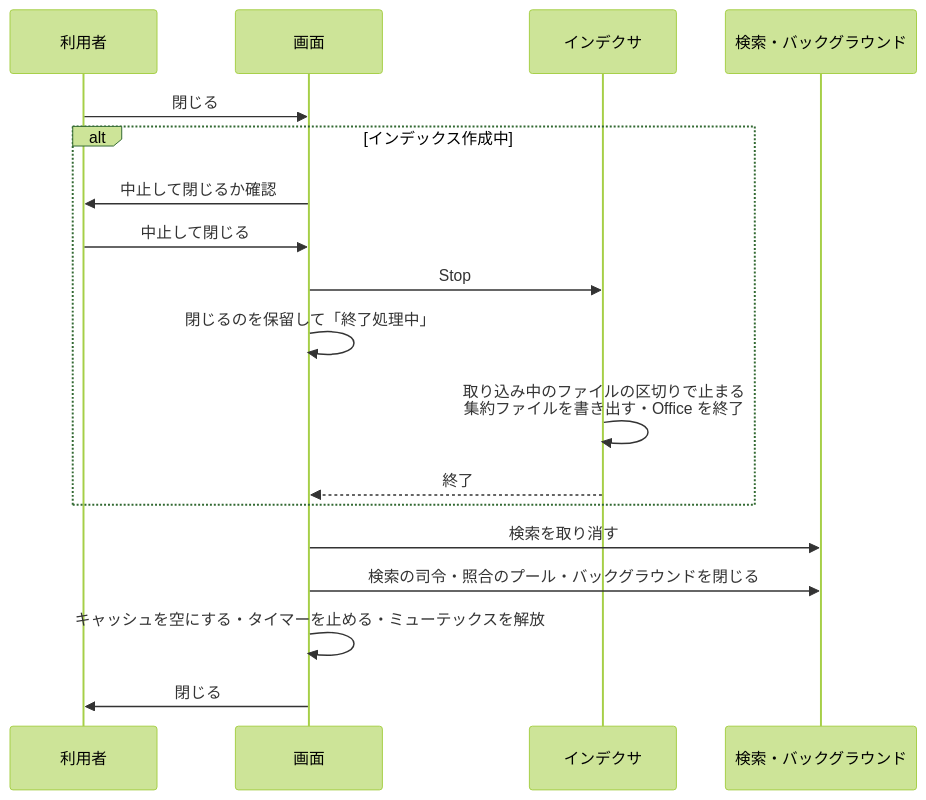
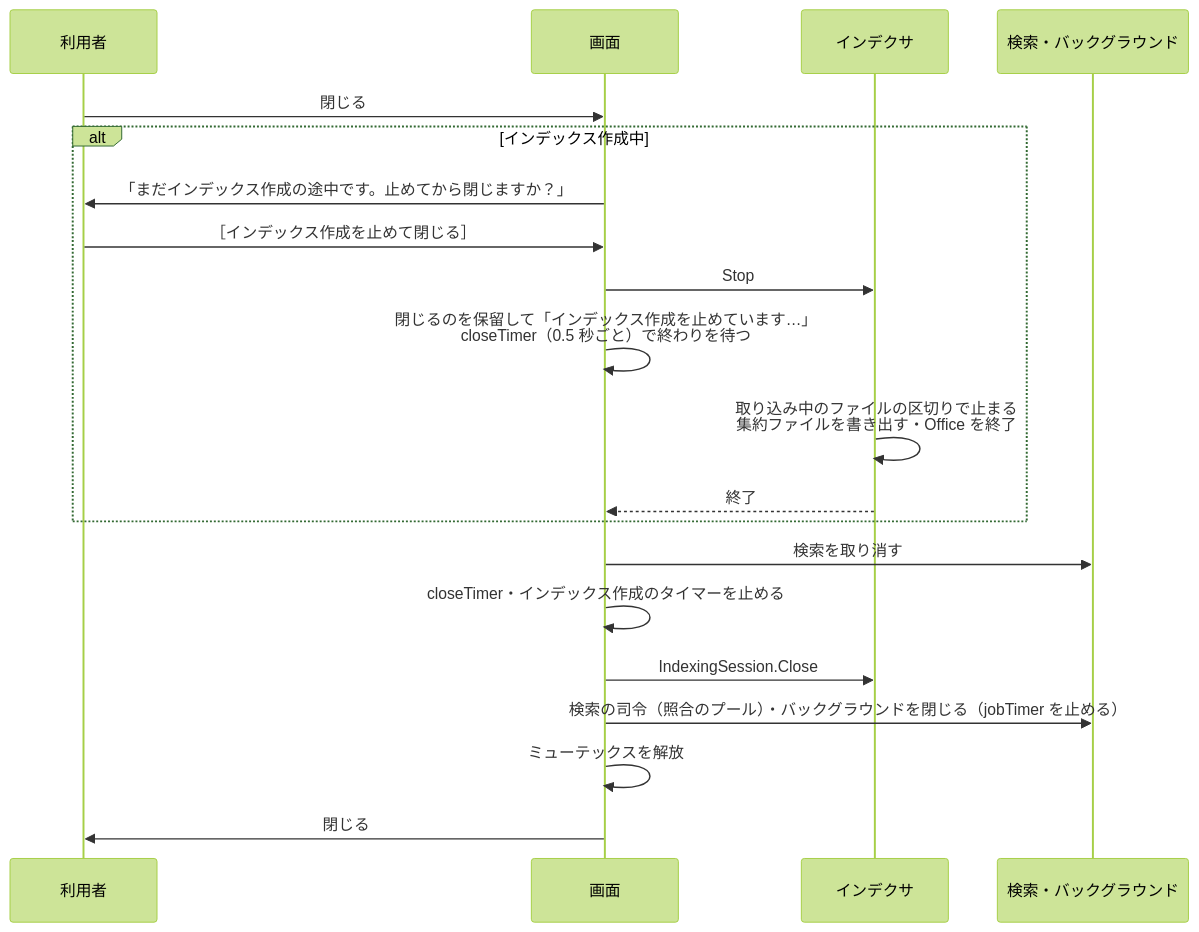
One commit to hsgwa/tebunko changed the second of 2 diagrams in docs/00_共通_4_プロセスとスレッド.md. Above: the diagram before and after it, drawn with Mermaid (forest theme). The commit also changed other lines of this file and 24 other files, not shown here.

````diff
--- a/docs/00_共通_4_プロセスとスレッド.md
+++ b/docs/00_共通_4_プロセスとスレッド.md
@@ -123,20 +137,22 @@
 ```mermaid
 sequenceDiagram
     participant U as 利用者
     participant G as 画面
     participant I as インデクサ
     participant S as 検索・バックグラウンド
     U->>G: 閉じる
     alt インデックス作成中
-        G->>U: 中止して閉じるか確認
-        U->>G: 中止して閉じる
+        G->>U: 「まだインデックス作成の途中です。止めてから閉じますか？」
+        U->>G: ［インデックス作成を止めて閉じる］
         G->>I: Stop
-        G->>G: 閉じるのを保留して「終了処理中」
+        G->>G: 閉じるのを保留して「インデックス作成を止めています…」<br>closeTimer（0.5 秒ごと）で終わりを待つ
         I->>I: 取り込み中のファイルの区切りで止まる<br>集約ファイルを書き出す・Office を終了
         I-->>G: 終了
     end
     G->>S: 検索を取り消す
-    G->>S: 検索の司令・照合のプール・バックグラウンドを閉じる
-    G->>G: キャッシュを空にする・タイマーを止める・ミューテックスを解放
+    G->>G: closeTimer・インデックス作成のタイマーを止める
+    G->>I: IndexingSession.Close
+    G->>S: 検索の司令（照合のプール）・バックグラウンドを閉じる（jobTimer を止める）
+    G->>G: ミューテックスを解放
     G->>U: 閉じる
 ```
````
